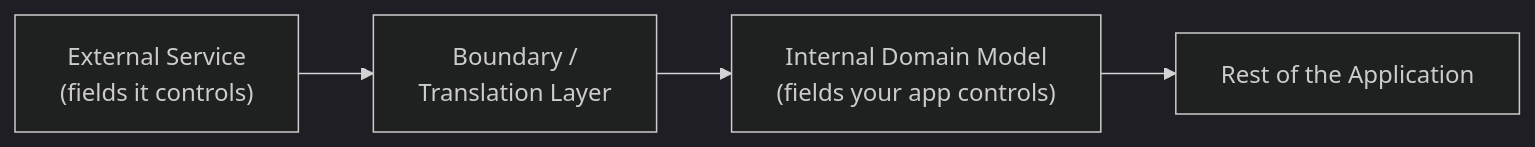
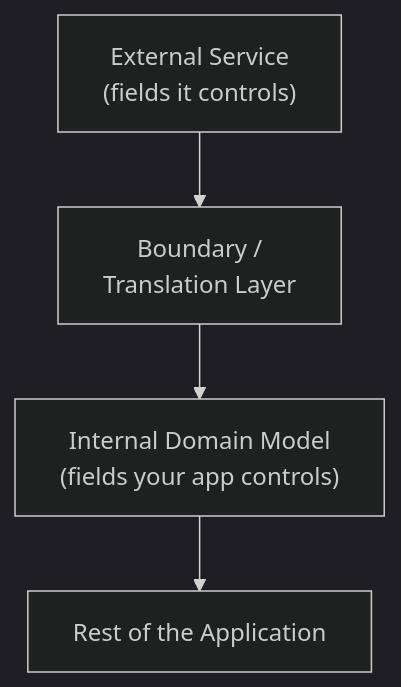
Before and after one commit to desh-raj-fsd/IBM-JavaScript-Backend-Developer: the second of 5 diagrams in 7-Coding-Laws-of-Senior-Developer.md, drawn with Mermaid (dark theme). The commit also changed other lines of this file and 13 other files, not shown here.

Commit message:
audit: course 1 close-out (quiz-wording lines, acronym expansions, Mermaid label fixes)

````diff
--- a/7-Coding-Laws-of-Senior-Developer.md
+++ b/7-Coding-Laws-of-Senior-Developer.md
@@ -148,6 +148,6 @@
 ```mermaid
-flowchart LR
+flowchart TD
     A["External Service<br/>(fields it controls)"] --> B["Boundary /<br/>Translation Layer"]
     B --> C["Internal Domain Model<br/>(fields your app controls)"]
     C --> D["Rest of the Application"]
 ```
````
